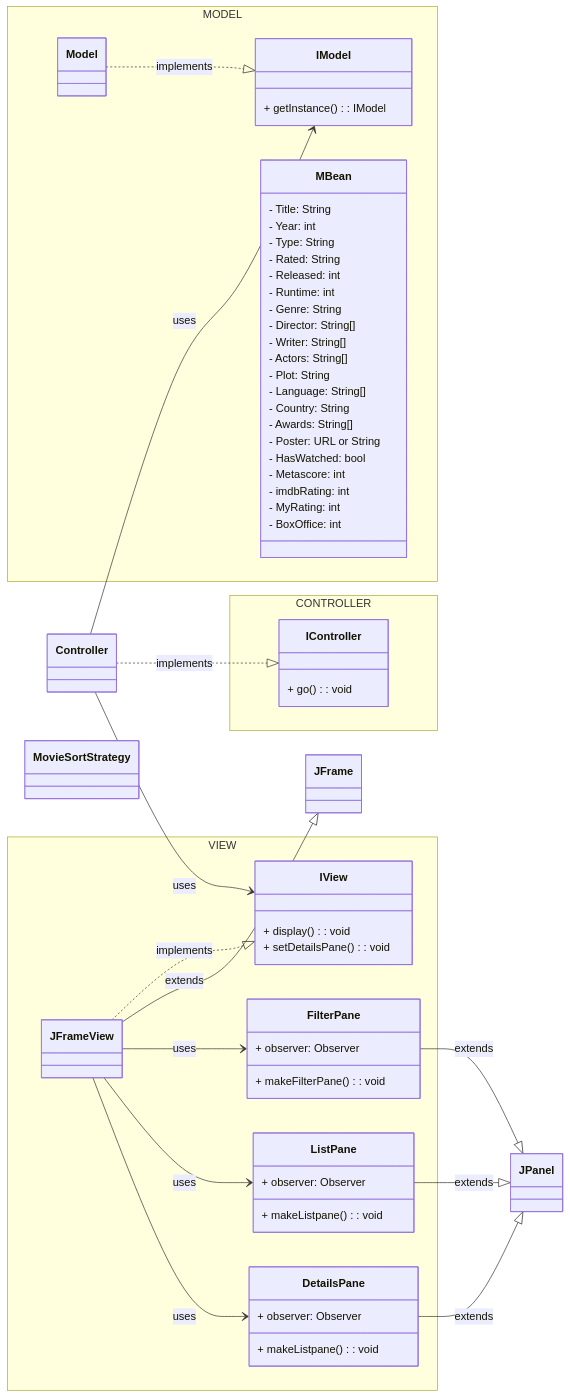
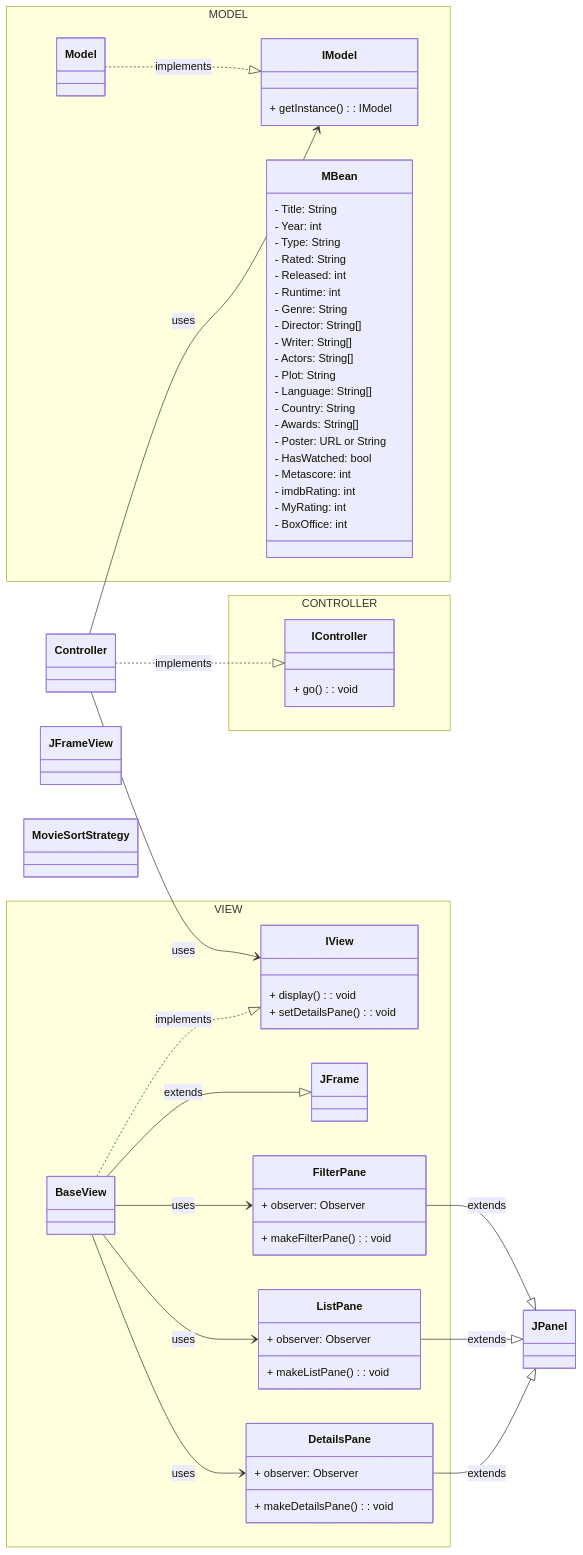
Before and after one commit to jackeinbinder01/Movie-List-Manager: the diagram in DesignDocuments/InitialDesign.md, drawn with Mermaid. The commit also changed 3 other files, not shown here.

Commit message:
BaseView implements IView, extends JFrame

```diff
--- a/DesignDocuments/InitialDesign.md
+++ b/DesignDocuments/InitialDesign.md
@@ -7,11 +7,11 @@
 classDiagram
     direction LR
 
-    JFrameView ..|> IView: implements
-    JFrameView --|> JFrame: extends
-    JFrameView --> FilterPane: uses
-    JFrameView --> ListPane: uses
-    JFrameView --> DetailsPane: uses
+    BaseView ..|> IView: implements
+    BaseView --|> JFrame: extends
+    BaseView --> FilterPane: uses
+    BaseView --> ListPane: uses
+    BaseView --> DetailsPane: uses
     FilterPane --|> JPanel: extends
     ListPane --|> JPanel: extends
     DetailsPane --|> JPanel: extends
@@ -28,10 +28,11 @@
     
     namespace VIEW {
         class IView
-        class JFrameView
+        class BaseView
         class FilterPane
         class ListPane
         class DetailsPane
+        class JFrame
     }
     
     namespace CONTROLLER {
@@ -68,12 +69,12 @@
     
     class ListPane {
         + observer: Observer
-        + makeListpane(): void
+        + makeListPane(): void
     }
     
     class DetailsPane {
         + observer: Observer
-        + makeListpane(): void
+        + makeDetailsPane(): void
         
     }
     
```
